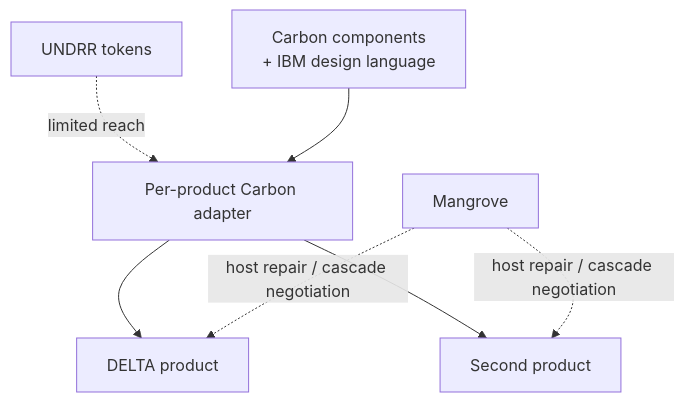
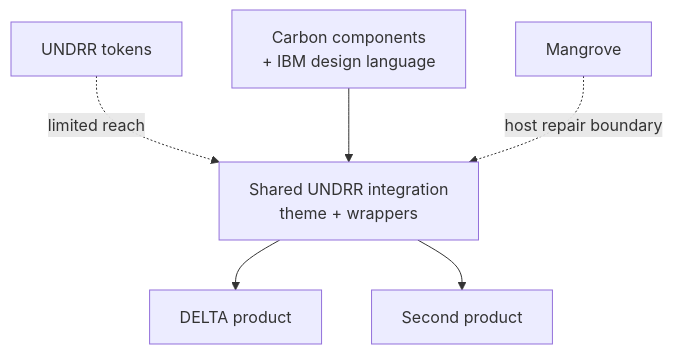
Before and after one commit to khawkins98/data-design-demo: the second of 3 diagrams in docs/architecture-options.md, drawn with Mermaid. The commit also changed other lines of this file and 46 other files, not shown here.

Commit message:
feat(evaluation): measure shared design-system reuse

````diff
--- a/docs/architecture-options.md
+++ b/docs/architecture-options.md
@@ -95,9 +94,8 @@
 ```mermaid
 flowchart TB
-  T["UNDRR tokens"] -.->|"limited reach"| TH["Per-product Carbon adapter"]
-  L["Carbon components<br/>+ IBM design language"] --> TH
-  TH --> D["DELTA product"]
-  TH --> P["Second product"]
-  M["Mangrove"] -.->|"host repair / cascade negotiation"| D
-  M -.->|"host repair / cascade negotiation"| P
+  T["UNDRR tokens"] -.->|"limited reach"| SI["Shared UNDRR integration<br/>theme + wrappers"]
+  L["Carbon components<br/>+ IBM design language"] --> SI
+  SI --> D["DELTA product"]
+  SI --> P["Second product"]
+  M["Mangrove"] -.->|"host repair boundary"| SI
 ```
````
